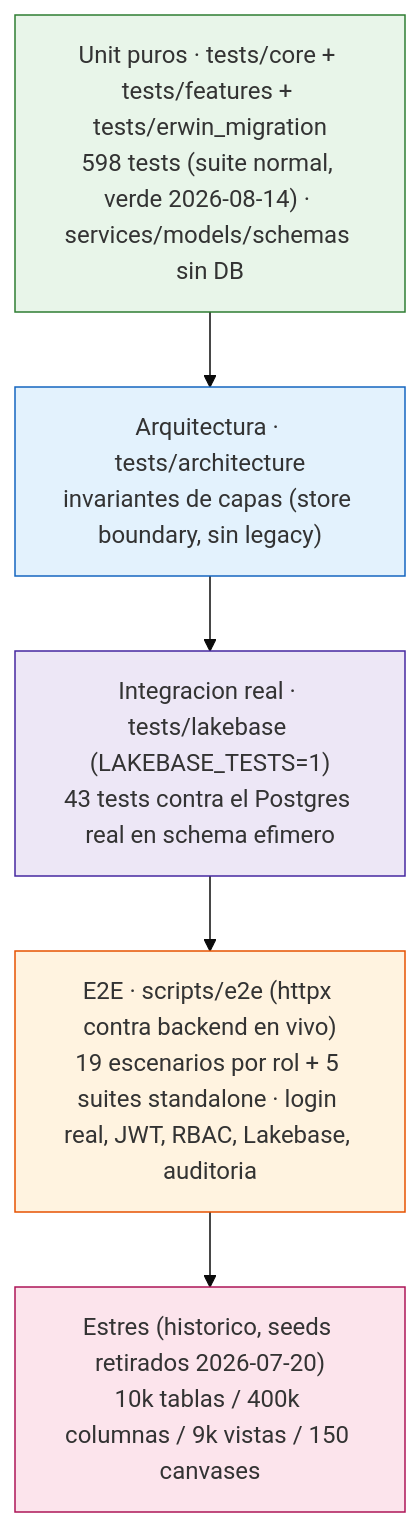
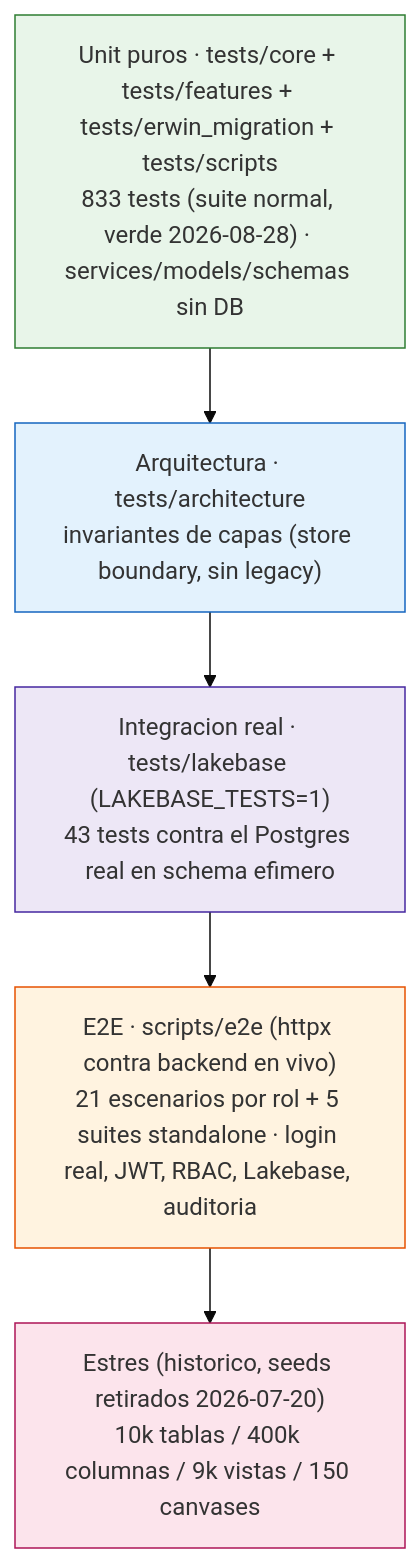
One commit to Carlosmps97/backend-data-model-hub changed the first of 6 diagrams in doc/testing.md. Above: the diagram before and after it, drawn with Mermaid (base theme). The commit also changed other lines of this file and 36 other files, not shown here.

````diff
--- a/doc/testing.md
+++ b/doc/testing.md
@@ -21,16 +21,16 @@
 ```mermaid
 flowchart TD
     A["Estres (historico, seeds retirados 2026-07-20)<br/>10k tablas / 400k columnas / 9k vistas / 150 canvases"]
-    B["E2E · scripts/e2e (httpx contra backend en vivo)<br/>19 escenarios por rol + 5 suites standalone · login real, JWT, RBAC, Lakebase, auditoria"]
+    B["E2E · scripts/e2e (httpx contra backend en vivo)<br/>21 escenarios por rol + 5 suites standalone · login real, JWT, RBAC, Lakebase, auditoria"]
     L["Integracion real · tests/lakebase (LAKEBASE_TESTS=1)<br/>43 tests contra el Postgres real en schema efimero"]
     C["Arquitectura · tests/architecture<br/>invariantes de capas (store boundary, sin legacy)"]
-    D["Unit puros · tests/core + tests/features + tests/erwin_migration<br/>598 tests (suite normal, verde 2026-08-14) · services/models/schemas sin DB"]
+    D["Unit puros · tests/core + tests/features + tests/erwin_migration + tests/scripts<br/>833 tests (suite normal, verde 2026-08-28) · services/models/schemas sin DB"]
 
     D --> C --> L --> B --> A
 
     style D fill:#e8f5e9,stroke:#2e7d32
     style C fill:#e3f2fd,stroke:#1565c0
     style L fill:#ede7f6,stroke:#4527a0
     style B fill:#fff3e0,stroke:#e65100
     style A fill:#fce4ec,stroke:#ad1457
 ```
````
